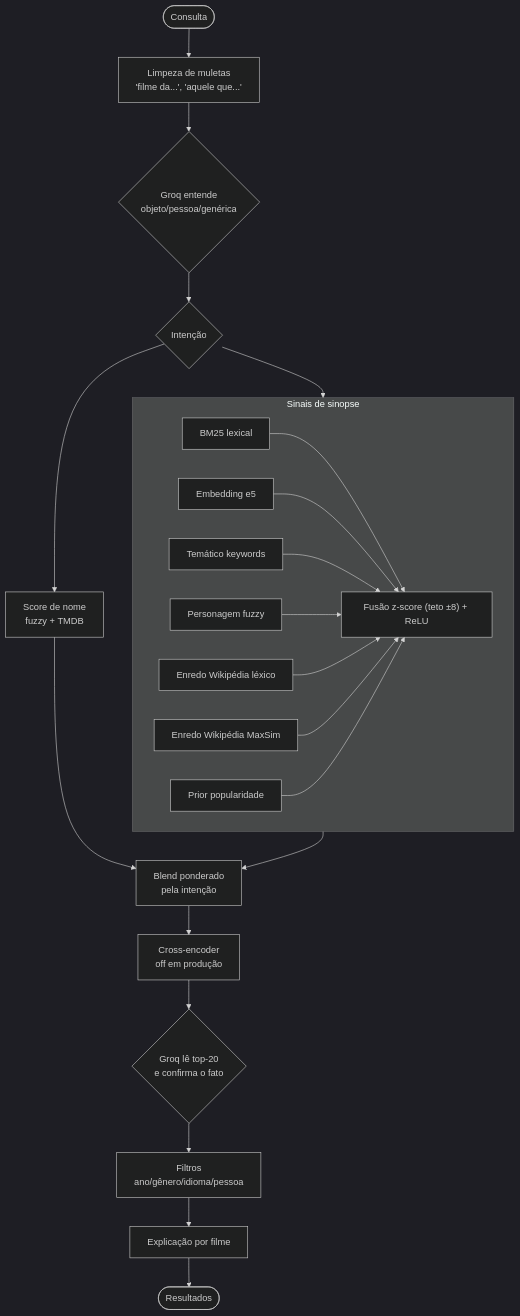
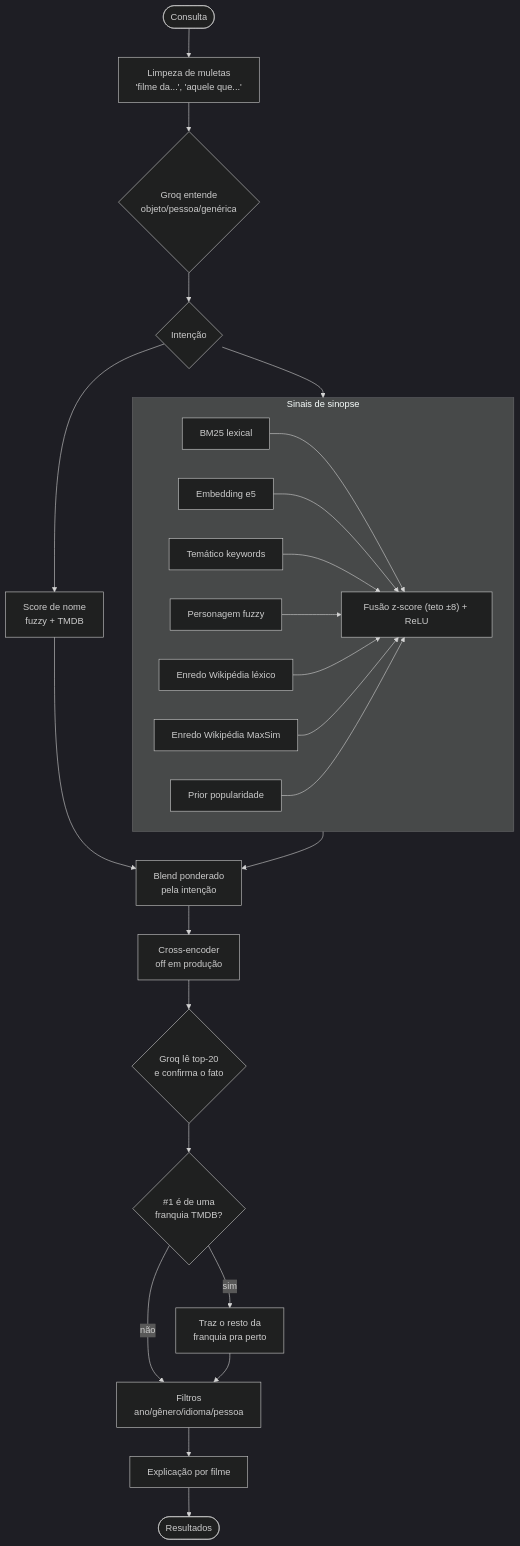
One commit to davidogral/recomenda-ai changed the ninth of 14 diagrams in docs/METODOLOGIA.md. Above: the diagram before and after it, drawn with Mermaid (dark theme). The commit also changed other lines of this file and 4 other files, not shown here.

````diff
--- a/docs/METODOLOGIA.md
+++ b/docs/METODOLOGIA.md
@@ -498,25 +528,28 @@
 ```mermaid
 flowchart TD
     Q([Consulta]) --> CL[Limpeza de muletas<br/>'filme da...', 'aquele que...']
     CL --> LLM{Groq entende<br/>objeto/pessoa/genérica}
     LLM --> I{Intenção}
     I --> NS[Score de nome<br/>fuzzy + TMDB]
     I --> SS[Score de sinopse]
     subgraph SS[Sinais de sinopse]
         BM[BM25 lexical] --> FU
         EMB[Embedding e5] --> FU
         KW[Temático keywords] --> FU
         ENT[Personagem fuzzy] --> FU
         PLX[Enredo Wikipédia léxico] --> FU
         PMX[Enredo Wikipédia MaxSim] --> FU
         POP[Prior popularidade] --> FU
         FU["Fusão z-score (teto ±8) + ReLU"]
     end
     NS --> BL[Blend ponderado<br/>pela intenção]
     SS --> BL
     BL --> RR[Cross-encoder<br/>off em produção]
     RR --> LR{Groq lê top-20<br/>e confirma o fato}
-    LR --> FT[Filtros<br/>ano/gênero/idioma/pessoa]
+    LR --> FR{#1 é de uma<br/>franquia TMDB?}
+    FR -->|sim| SIB[Traz o resto da<br/>franquia pra perto]
+    FR -->|não| FT
+    SIB --> FT[Filtros<br/>ano/gênero/idioma/pessoa]
     FT --> EX[Explicação por filme]
     EX --> OUT([Resultados])
 ```
````
